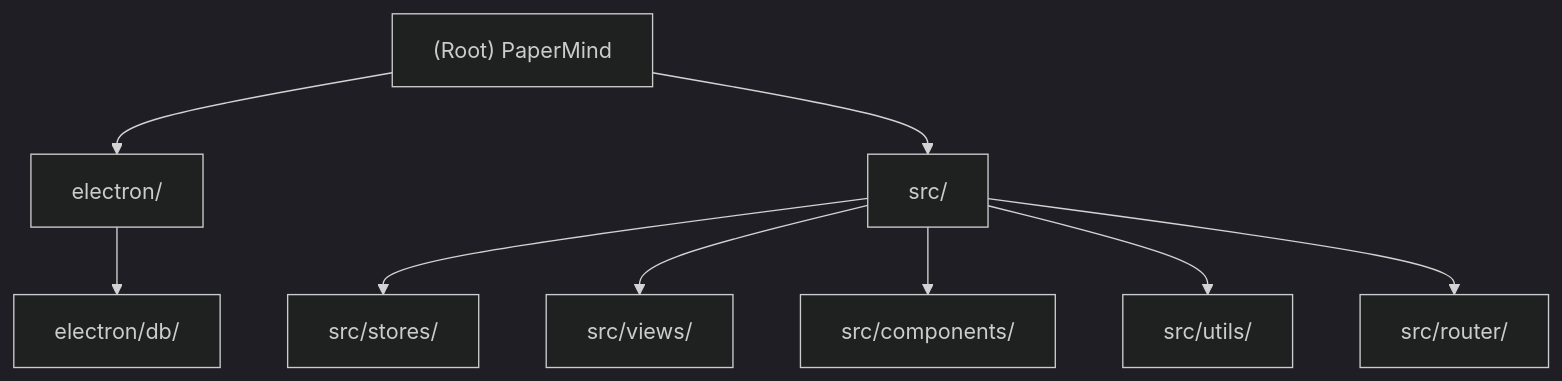
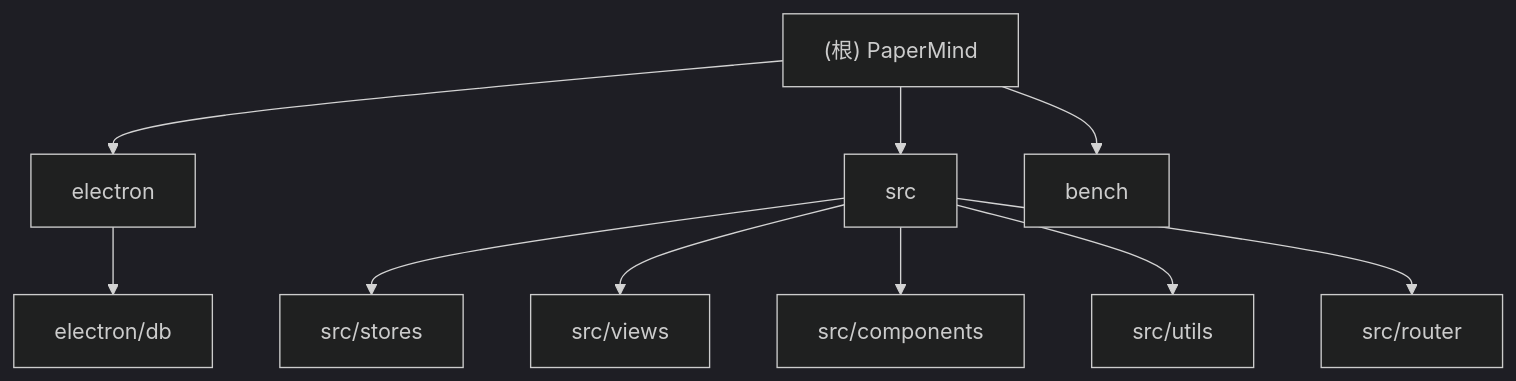
The diagram in CLAUDE.md (xmdjy/PaperMind), drawn with Mermaid (dark theme) before and after one commit. The commit also changed other lines of this file and 2 other files, not shown here.

First line of the commit message:
docs: 新增 bench 评测套件使用文档

````diff
--- a/CLAUDE.md
+++ b/CLAUDE.md
@@ -31,16 +37,22 @@
 ```mermaid
 graph TD
-    A["(Root) PaperMind"] --> B["electron/"]
-    A --> C["src/"]
-    B --> D["electron/db/"]
-    C --> E["src/stores/"]
-    C --> F["src/views/"]
-    C --> G["src/components/"]
-    C --> H["src/utils/"]
-    C --> I["src/router/"]
+    A["(根) PaperMind"] --> B["electron"]
+    A --> C["src"]
+    A --> J["bench"]
+    B --> D["electron/db"]
+    C --> E["src/stores"]
+    C --> F["src/views"]
+    C --> G["src/components"]
+    C --> H["src/utils"]
+    C --> I["src/router"]
 
-    click D "./electron/CLAUDE.md" "View electron module docs"
-    click E "./src/stores/CLAUDE.md" "View stores module docs"
-    click F "./src/views/CLAUDE.md" "View views module docs"
-    click G "./src/components/CLAUDE.md" "View components module docs"
+    click B "./electron/CLAUDE.md" "主进程模块"
+    click C "./src/CLAUDE.md" "渲染层入口与全局配置"
+    click D "./electron/db/CLAUDE.md" "SQLite 数据层"
+    click E "./src/stores/CLAUDE.md" "Pinia 状态管理"
+    click F "./src/views/CLAUDE.md" "页面视图"
+    click G "./src/components/CLAUDE.md" "公共组件"
+    click H "./src/utils/CLAUDE.md" "工具与 RAG 检索"
+    click I "./src/router/CLAUDE.md" "路由配置"
+    click J "./bench/CLAUDE.md" "评测 Benchmark"
 ```
````
